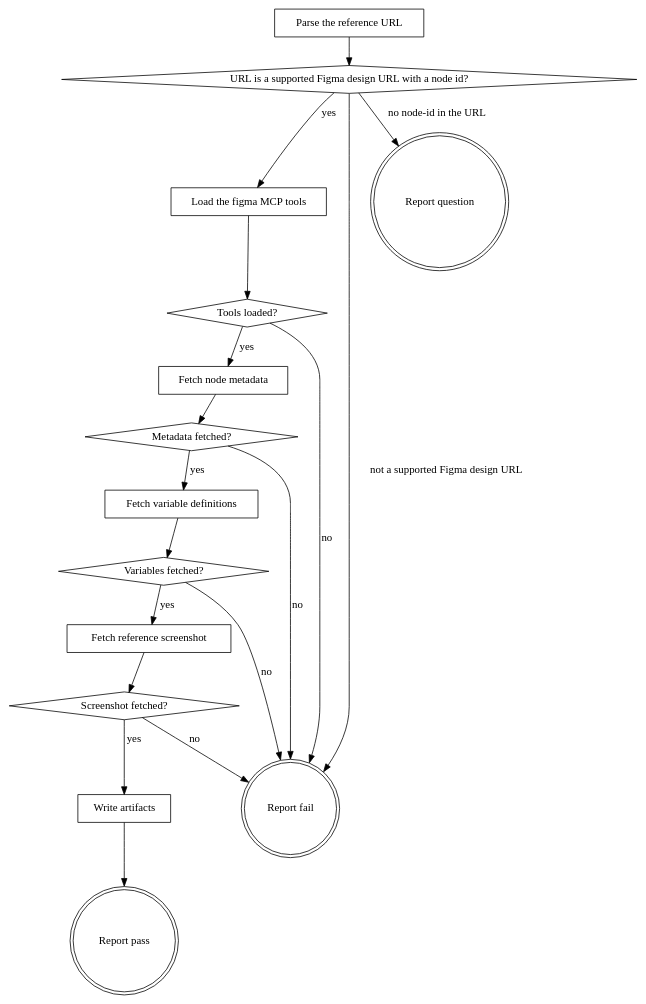
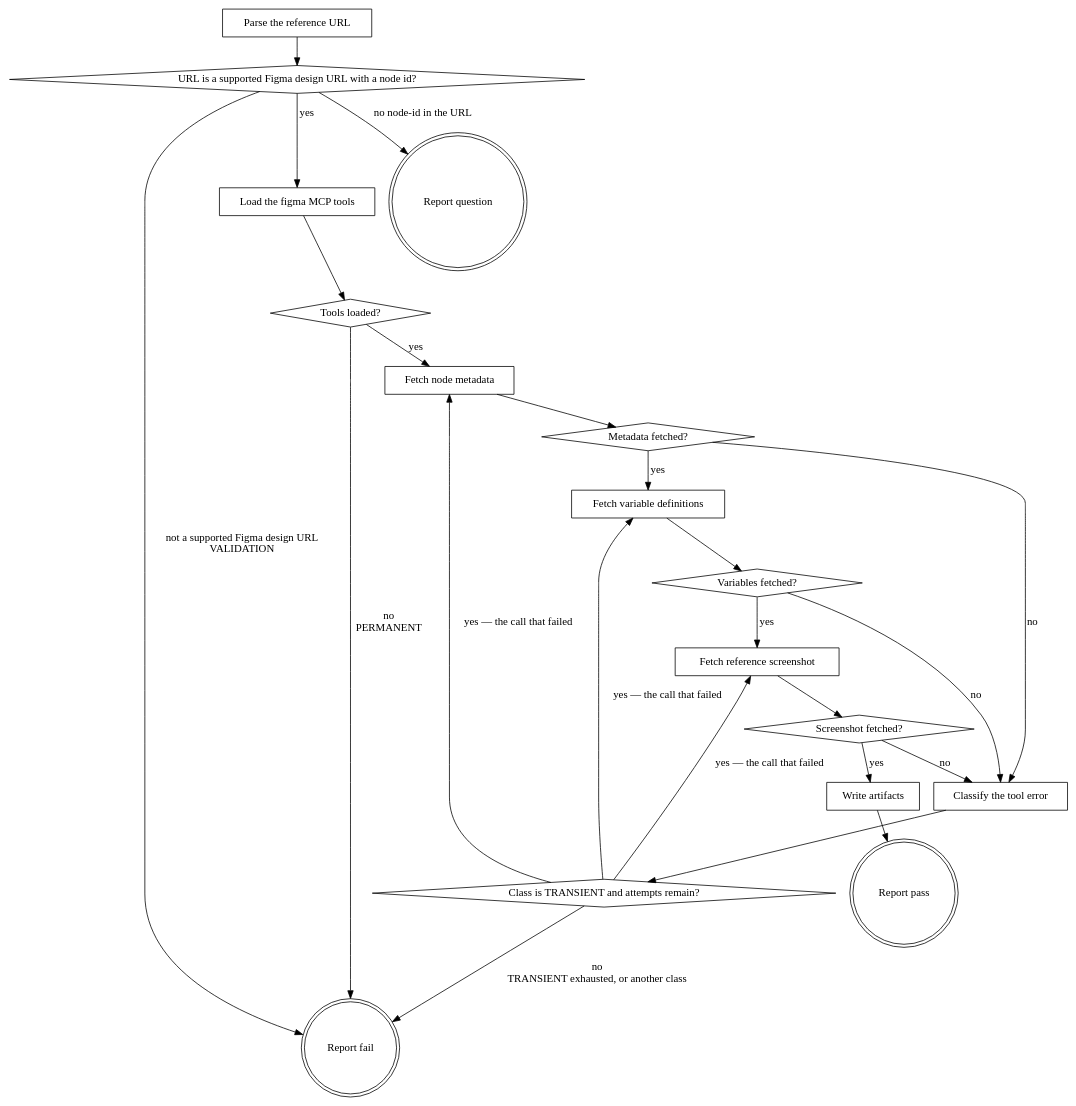
Before and after one commit to agenticDraft/aem-eds-ai-workflow-demo: the diagram in plugins/figma/skills/fetch-reference/SKILL.md, drawn with Graphviz. The commit also changed other lines of this file and 8 other files, not shown here.

````diff
--- a/plugins/figma/skills/fetch-reference/SKILL.md
+++ b/plugins/figma/skills/fetch-reference/SKILL.md
@@ -27,36 +27,43 @@
 ```dot
 digraph fetch_reference {
     "Parse the reference URL" [shape=box];
     "URL is a supported Figma design URL with a node id?" [shape=diamond];
     "Load the figma MCP tools" [shape=box];
     "Tools loaded?" [shape=diamond];
     "Fetch node metadata" [shape=box];
     "Metadata fetched?" [shape=diamond];
     "Fetch variable definitions" [shape=box];
     "Variables fetched?" [shape=diamond];
     "Fetch reference screenshot" [shape=box];
     "Screenshot fetched?" [shape=diamond];
+    "Classify the tool error" [shape=box];
+    "Class is TRANSIENT and attempts remain?" [shape=diamond];
     "Write artifacts" [shape=box];
     "Report pass" [shape=doublecircle];
     "Report fail" [shape=doublecircle];
     "Report question" [shape=doublecircle];
 
     "Parse the reference URL" -> "URL is a supported Figma design URL with a node id?";
     "URL is a supported Figma design URL with a node id?" -> "Load the figma MCP tools" [label="yes"];
     "URL is a supported Figma design URL with a node id?" -> "Report question" [label="no node-id in the URL"];
-    "URL is a supported Figma design URL with a node id?" -> "Report fail" [label="not a supported Figma design URL"];
+    "URL is a supported Figma design URL with a node id?" -> "Report fail" [label="not a supported Figma design URL\nVALIDATION"];
     "Load the figma MCP tools" -> "Tools loaded?";
     "Tools loaded?" -> "Fetch node metadata" [label="yes"];
-    "Tools loaded?" -> "Report fail" [label="no"];
+    "Tools loaded?" -> "Report fail" [label="no\nPERMANENT"];
     "Fetch node metadata" -> "Metadata fetched?";
     "Metadata fetched?" -> "Fetch variable definitions" [label="yes"];
-    "Metadata fetched?" -> "Report fail" [label="no"];
+    "Metadata fetched?" -> "Classify the tool error" [label="no"];
     "Fetch variable definitions" -> "Variables fetched?";
     "Variables fetched?" -> "Fetch reference screenshot" [label="yes"];
-    "Variables fetched?" -> "Report fail" [label="no"];
+    "Variables fetched?" -> "Classify the tool error" [label="no"];
     "Fetch reference screenshot" -> "Screenshot fetched?";
     "Screenshot fetched?" -> "Write artifacts" [label="yes"];
-    "Screenshot fetched?" -> "Report fail" [label="no"];
+    "Screenshot fetched?" -> "Classify the tool error" [label="no"];
+    "Classify the tool error" -> "Class is TRANSIENT and attempts remain?";
+    "Class is TRANSIENT and attempts remain?" -> "Fetch node metadata" [label="yes — the call that failed"];
+    "Class is TRANSIENT and attempts remain?" -> "Fetch variable definitions" [label="yes — the call that failed"];
+    "Class is TRANSIENT and attempts remain?" -> "Fetch reference screenshot" [label="yes — the call that failed"];
+    "Class is TRANSIENT and attempts remain?" -> "Report fail" [label="no\nTRANSIENT exhausted, or another class"];
     "Write artifacts" -> "Report pass";
 }
 ```
````
